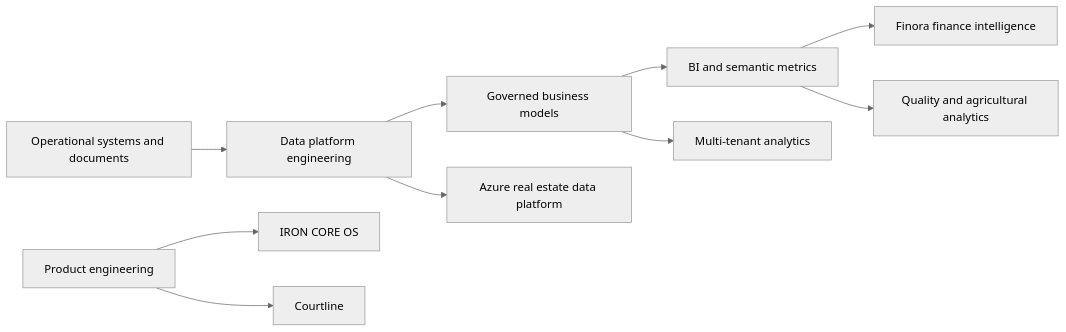
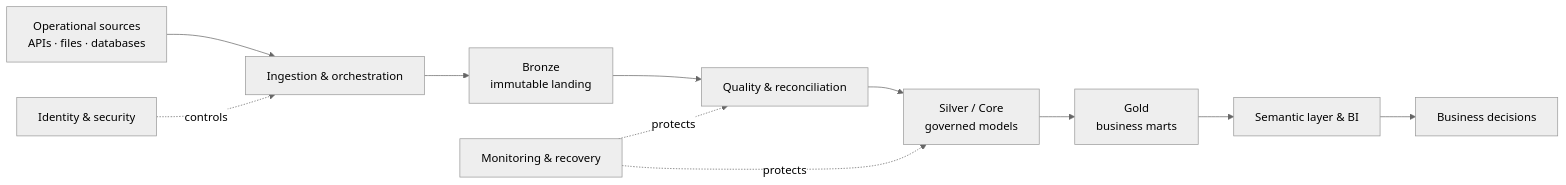
Before and after one commit to Hamzabakh1/hamzabakh1: the diagram in README.md, drawn with Mermaid (neutral theme). The commit also changed other lines of this file, not shown here.

Commit message:
Upgrade profile README for data platform career positioning

````diff
--- a/README.md
+++ b/README.md
@@ -35,14 +33,14 @@
 ```mermaid
 flowchart LR
-    Sources[Operational systems and documents] --> Platform[Data platform engineering]
-    Platform --> Models[Governed business models]
-    Models --> BI[BI and semantic metrics]
+    S[Operational sources<br/>APIs · files · databases] --> I[Ingestion & orchestration]
+    I --> B[Bronze<br/>immutable landing]
+    B --> Q[Quality & reconciliation]
+    Q --> M[Silver / Core<br/>governed models]
+    M --> G[Gold<br/>business marts]
+    G --> BI[Semantic layer & BI]
+    BI --> D[Business decisions]
 
-    BI --> Finora[Finora finance intelligence]
-    Platform --> Azure[Azure real estate data platform]
-    BI --> Quality[Quality and agricultural analytics]
-    Models --> MultiTenant[Multi-tenant analytics]
-
-    Product[Product engineering] --> Iron[IRON CORE OS]
-    Product --> Courtline[Courtline]
+    SEC[Identity & security] -. controls .-> I
+    OBS[Monitoring & recovery] -. protects .-> Q
+    OBS -. protects .-> M
 ```
````
